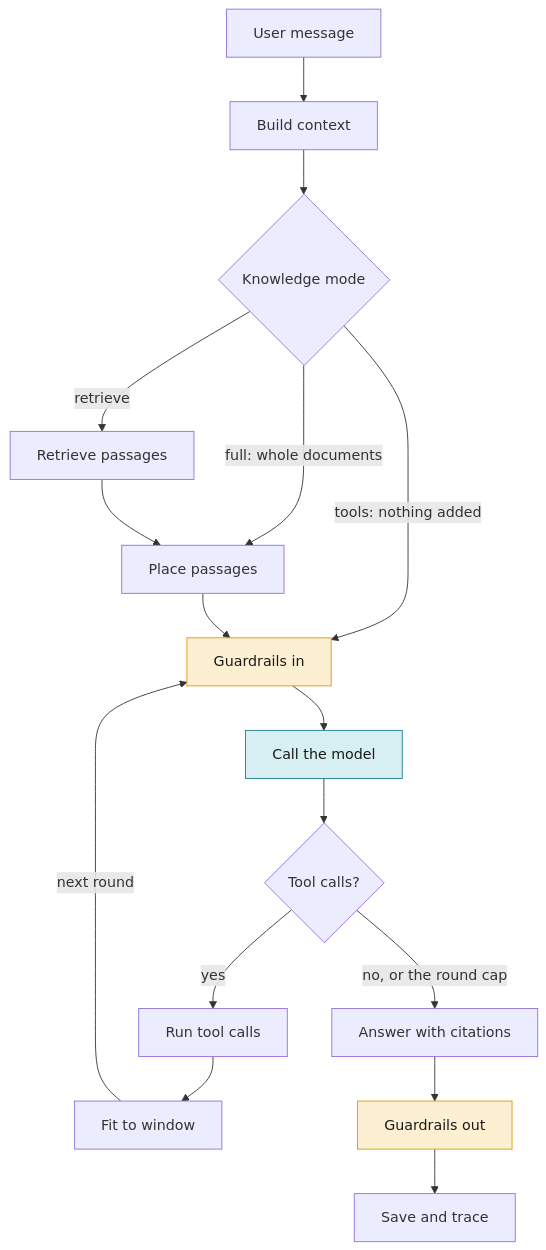
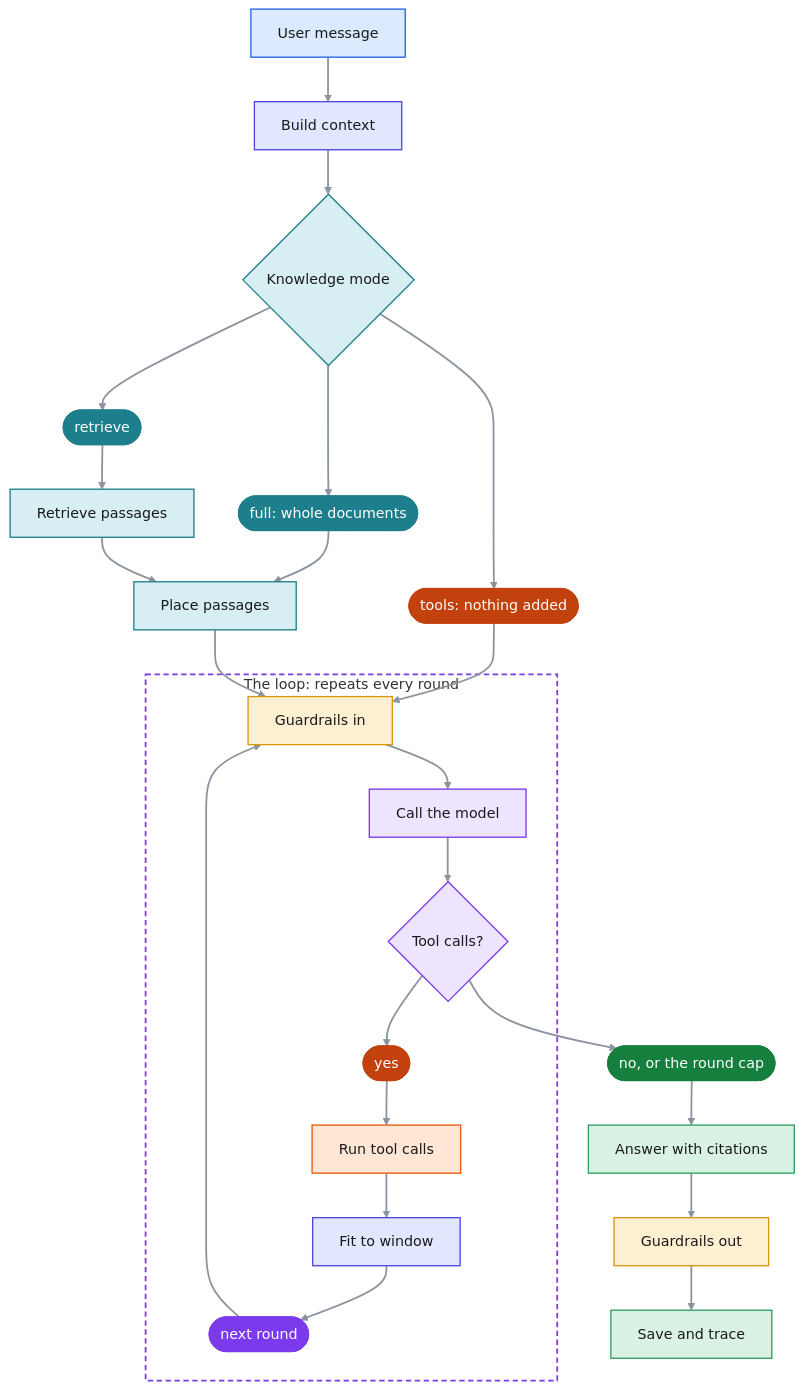
The first of 3 diagrams in docs/how-it-answers.md (cdmx-in/kera), drawn with Mermaid before and after one commit. The commit also changed other lines of this file and 4 other files, not shown here.

First line of the commit message:
docs: show the SVG diagrams in the README and how-it-answers, keep Mermaid as text

````diff
--- a/docs/how-it-answers.md
+++ b/docs/how-it-answers.md
@@ -9,22 +19,46 @@
 ```mermaid
 flowchart TD
     ask["User message"] --> context["Build context"]
     context --> mode{"Knowledge mode"}
-    mode -->|"retrieve"| retrieve["Retrieve passages"]
-    mode -->|"full: whole documents"| place["Place passages"]
-    mode -->|"tools: nothing added"| guardIn["Guardrails in"]
+    subgraph loop ["The loop: repeats every round"]
+        guardIn["Guardrails in"] --> model["Call the model"]
+        model --> calls{"Tool calls?"}
+        calls --> lYes(["yes"]) --> tools["Run tool calls"]
+        tools --> window["Fit to window"]
+        window --> lNext(["next round"]) --> guardIn
+    end
+    mode --> lRetrieve(["retrieve"]) --> retrieve["Retrieve passages"]
+    mode --> lFull(["full: whole documents"]) --> place["Place passages"]
+    mode --> lTools(["tools: nothing added"]) --> guardIn
     retrieve --> place
     place --> guardIn
-    guardIn --> model["Call the model"]
-    model --> calls{"Tool calls?"}
-    calls -->|"yes"| tools["Run tool calls"]
-    tools --> window["Fit to window"]
-    window -->|"next round"| guardIn
-    calls -->|"no, or the round cap"| answer["Answer with citations"]
+    calls --> lNo(["no, or the round cap"]) --> answer["Answer with citations"]
     answer --> guardOut["Guardrails out"]
     guardOut --> save["Save and trace"]
-    classDef guard fill:#fdf0d2,stroke:#d9960f,color:#1a1a1a
-    classDef llm fill:#d7eef2,stroke:#1e7f8c,color:#1a1a1a
-    class guardIn,guardOut guard
-    class model llm
+    classDef cIn fill:#dbeafe,stroke:#2563eb,color:#1a1a1a,stroke-width:1.5px
+    classDef cCtx fill:#e0e7ff,stroke:#4f46e5,color:#1a1a1a,stroke-width:1.5px
+    classDef cKn fill:#d7eef2,stroke:#1e7f8c,color:#1a1a1a,stroke-width:1.5px
+    classDef cGd fill:#fdf0d2,stroke:#d9960f,color:#1a1a1a,stroke-width:1.5px
+    classDef cMd fill:#ede4ff,stroke:#7c3aed,color:#1a1a1a,stroke-width:1.5px
+    classDef cTl fill:#ffe6d5,stroke:#ea580c,color:#1a1a1a,stroke-width:1.5px
+    classDef cOt fill:#d9f2e3,stroke:#2f9e63,color:#1a1a1a,stroke-width:1.5px
+    classDef cBd fill:#fbe0e0,stroke:#d64a4a,color:#1a1a1a,stroke-width:1.5px
+    classDef pKn fill:#1e7f8c,stroke:#1e7f8c,color:#ffffff
+    classDef pTl fill:#c2410c,stroke:#c2410c,color:#ffffff
+    classDef pOt fill:#15803d,stroke:#15803d,color:#ffffff
+    classDef pMd fill:#7c3aed,stroke:#7c3aed,color:#ffffff
+    classDef pBd fill:#c2312f,stroke:#c2312f,color:#ffffff
+    class ask cIn
+    class context,window cCtx
+    class mode,retrieve,place cKn
+    class guardIn,guardOut cGd
+    class model,calls cMd
+    class tools cTl
+    class answer,save cOt
+    class lRetrieve,lFull pKn
+    class lTools,lYes pTl
+    class lNo pOt
+    class lNext pMd
+    style loop fill:none,stroke:#7c3aed,stroke-width:2px,stroke-dasharray:6 4
+    linkStyle default stroke:#8b949e,stroke-width:2px
 ```
````
